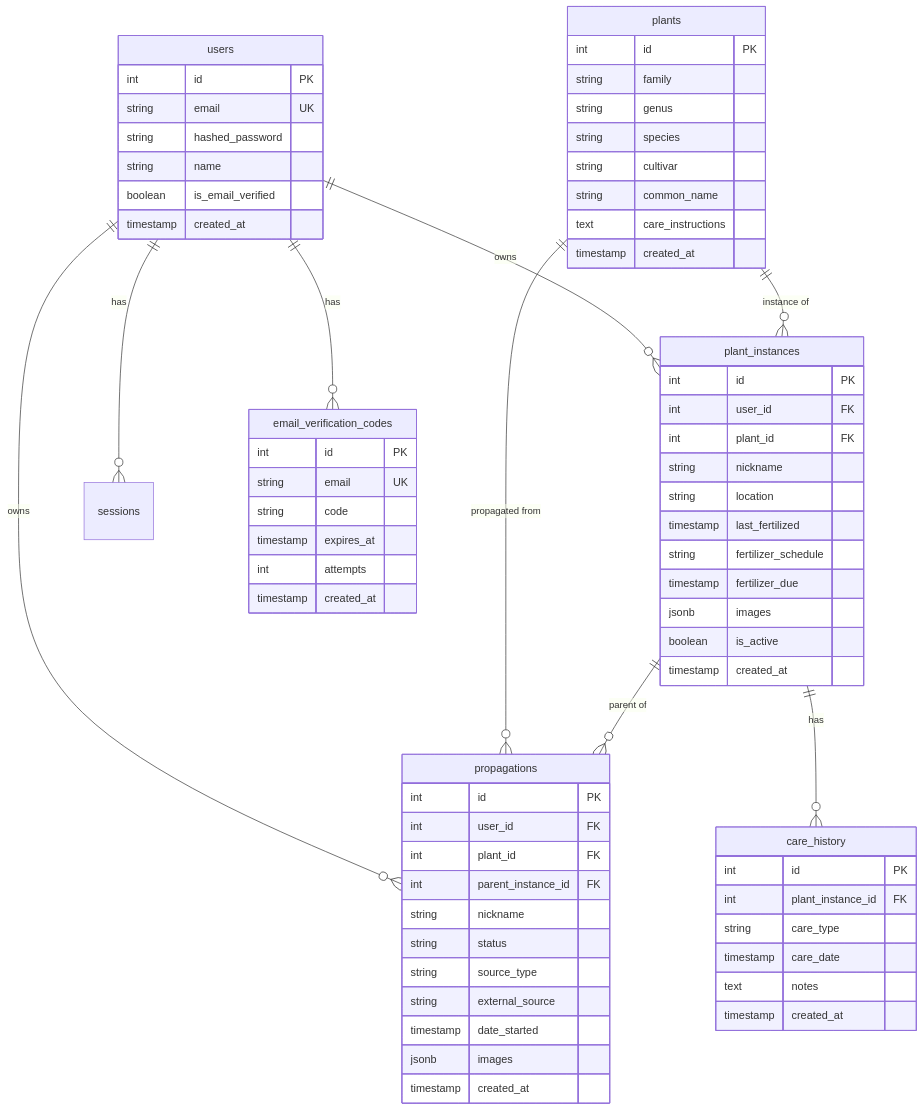
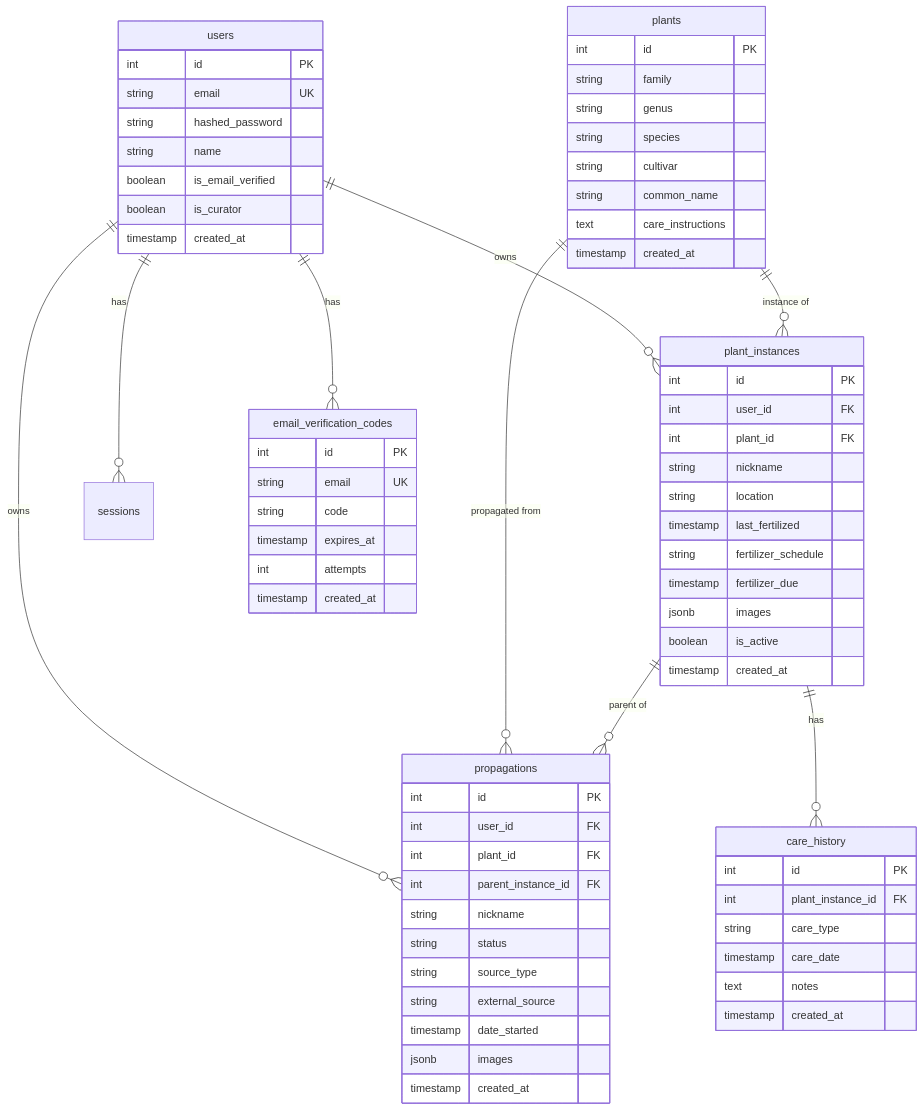
One commit to cloudagrapher/fancy-planties changed the second of 7 diagrams in docs/ARCHITECTURE.md. Above: the diagram before and after it, drawn with Mermaid. The commit also changed other lines of this file and 2 other files, not shown here.

````diff
--- a/docs/ARCHITECTURE.md
+++ b/docs/ARCHITECTURE.md
@@ -207,77 +214,78 @@
 ```mermaid
 erDiagram
     users ||--o{ plant_instances : owns
     users ||--o{ propagations : owns
     users ||--o{ sessions : has
     users ||--o{ email_verification_codes : has
     plants ||--o{ plant_instances : "instance of"
     plants ||--o{ propagations : "propagated from"
     plant_instances ||--o{ propagations : "parent of"
     plant_instances ||--o{ care_history : has
 
     users {
         int id PK
         string email UK
         string hashed_password
         string name
         boolean is_email_verified
+        boolean is_curator
         timestamp created_at
     }
 
     email_verification_codes {
         int id PK
         string email UK
         string code
         timestamp expires_at
         int attempts
         timestamp created_at
     }
 
     plants {
         int id PK
         string family
         string genus
         string species
         string cultivar
         string common_name
         text care_instructions
         timestamp created_at
     }
 
     plant_instances {
         int id PK
         int user_id FK
         int plant_id FK
         string nickname
         string location
         timestamp last_fertilized
         string fertilizer_schedule
         timestamp fertilizer_due
         jsonb images
         boolean is_active
         timestamp created_at
     }
 
     propagations {
         int id PK
         int user_id FK
         int plant_id FK
         int parent_instance_id FK
         string nickname
         string status
         string source_type
         string external_source
         timestamp date_started
         jsonb images
         timestamp created_at
     }
 
     care_history {
         int id PK
         int plant_instance_id FK
         string care_type
         timestamp care_date
         text notes
         timestamp created_at
     }
 ```
````
